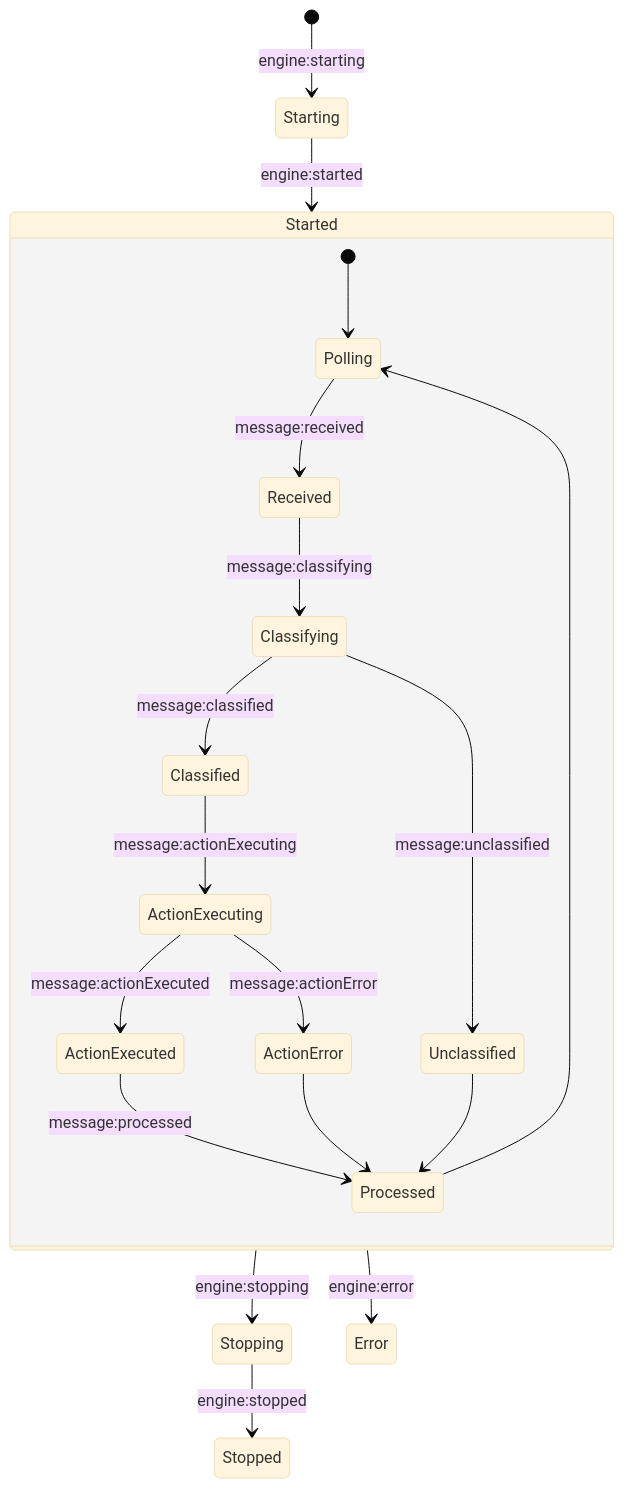
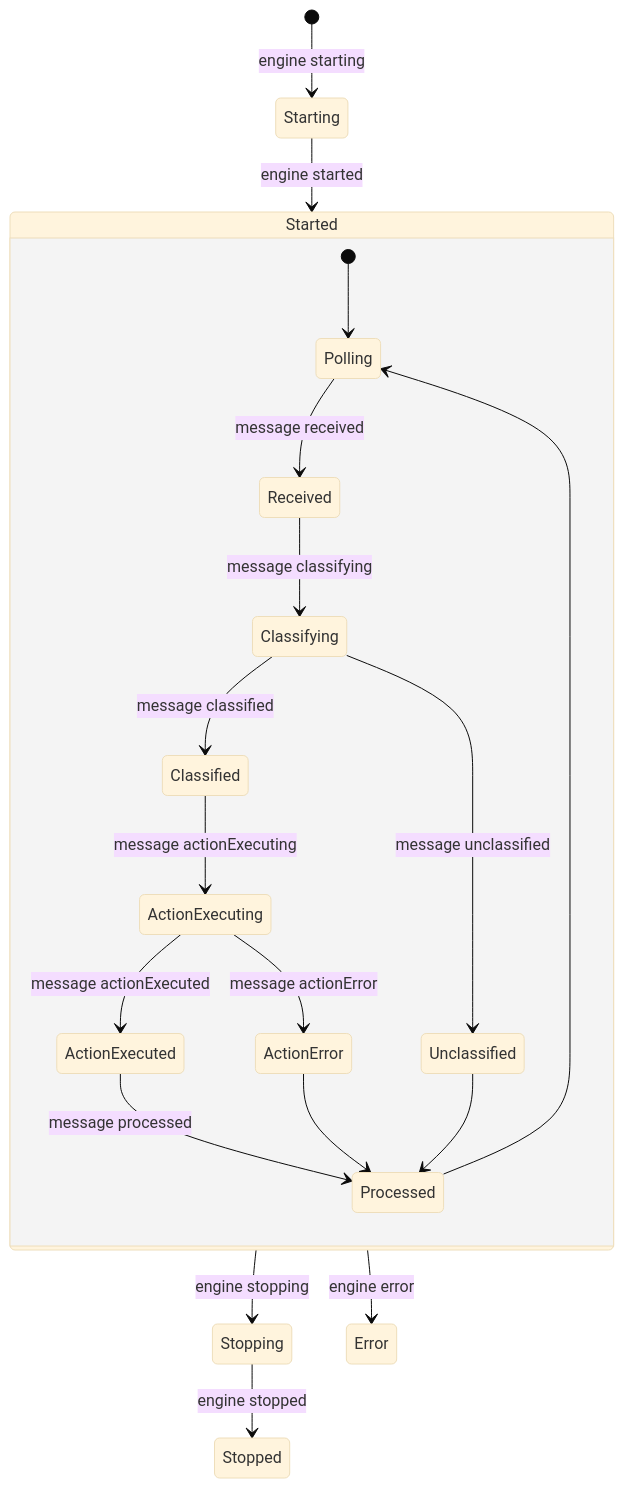
One commit to iconifyit/imessage-ai-spam-filter changed diagram 11 of 11 in ARCHITECTURE.md. Above: the diagram before and after it, drawn with Mermaid (base theme). The commit also changed other lines of this file and 2 other files, not shown here.

Commit message:
fix: mermaid chart syntax

````diff
--- a/ARCHITECTURE.md
+++ b/ARCHITECTURE.md
@@ -483,24 +483,24 @@
 ```mermaid
-stateDiagram-v2
-    [*] --> Starting: engine:starting
-    Starting --> Started: engine:started
+stateDiagram 
+    [*] --> Starting: engine starting
+    Starting --> Started: engine started
 
     state Started {
         [*] --> Polling
-        Polling --> Received: message:received
-        Received --> Classifying: message:classifying
-        Classifying --> Classified: message:classified
-        Classifying --> Unclassified: message:unclassified
-        Classified --> ActionExecuting: message:actionExecuting
-        ActionExecuting --> ActionExecuted: message:actionExecuted
-        ActionExecuting --> ActionError: message:actionError
-        ActionExecuted --> Processed: message:processed
+        Polling --> Received: message received
+        Received --> Classifying: message classifying
+        Classifying --> Classified: message classified
+        Classifying --> Unclassified: message unclassified
+        Classified --> ActionExecuting: message actionExecuting
+        ActionExecuting --> ActionExecuted: message actionExecuted
+        ActionExecuting --> ActionError: message actionError
+        ActionExecuted --> Processed: message processed
         ActionError --> Processed
         Unclassified --> Processed
         Processed --> Polling
     }
 
-    Started --> Stopping: engine:stopping
-    Stopping --> Stopped: engine:stopped
-    Started --> Error: engine:error
+    Started --> Stopping: engine stopping
+    Stopping --> Stopped: engine stopped
+    Started --> Error: engine error
 ```
````
